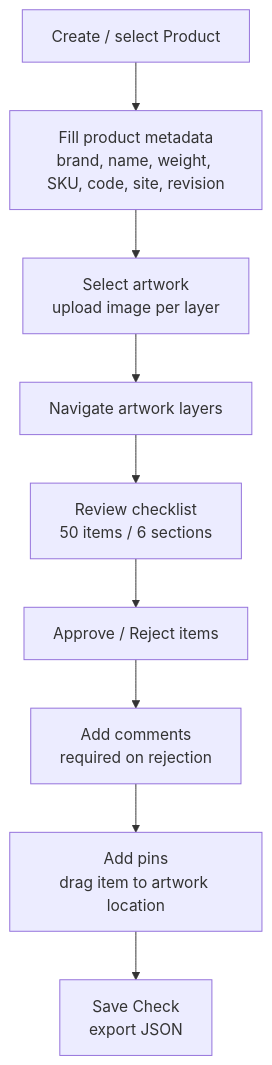
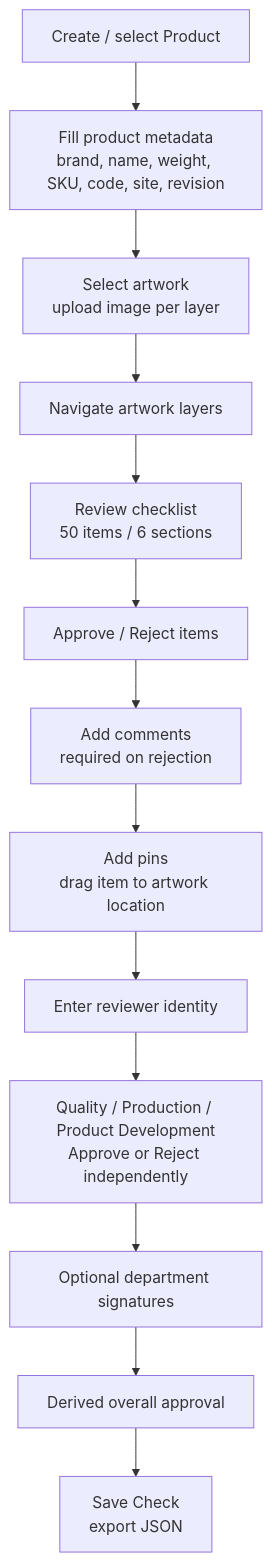
Before and after one commit to samantharissicy/artwork-checklist: the diagram in docs/domain/review-workflow.md, drawn with Mermaid. The commit also changed other lines of this file and 43 other files, not shown here.

````diff
--- a/docs/domain/review-workflow.md
+++ b/docs/domain/review-workflow.md
@@ -11,11 +11,15 @@
 ```mermaid
 flowchart TD
   A[Create / select Product] --> B[Fill product metadata<br/>brand, name, weight, SKU, code, site, revision]
   B --> C[Select artwork<br/>upload image per layer]
   C --> D[Navigate artwork layers]
   D --> E[Review checklist<br/>50 items / 6 sections]
   E --> F[Approve / Reject items]
   F --> G[Add comments<br/>required on rejection]
   G --> H[Add pins<br/>drag item to artwork location]
-  H --> I[Save Check<br/>export JSON] 
+  H --> I[Enter reviewer identity]
+  I --> J[Quality / Production / Product Development<br/>Approve or Reject independently]
+  J --> K[Optional department signatures]
+  K --> L[Derived overall approval]
+  L --> M[Save Check<br/>export JSON]
 ```
````
